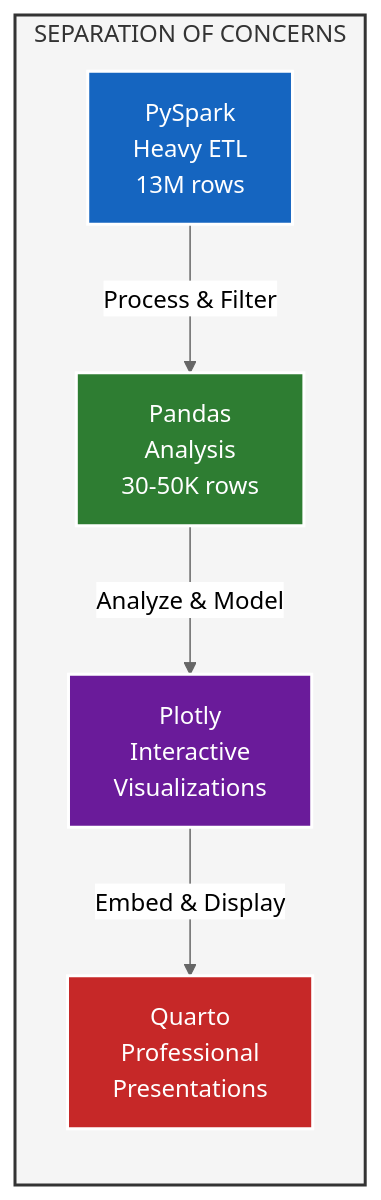
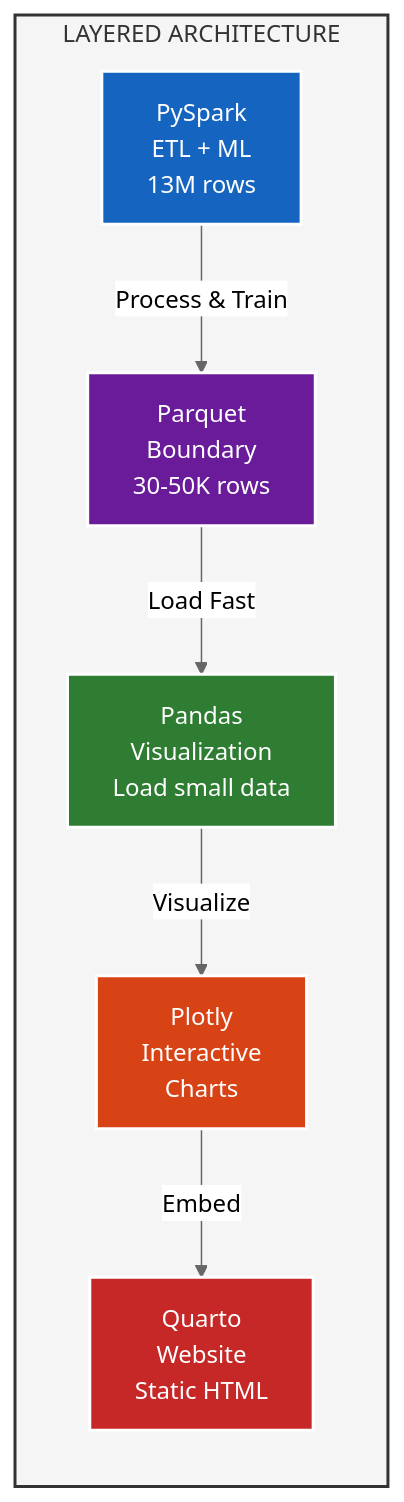
One commit to samarthya/ad688-scratch changed the first of 11 diagrams in ARCHITECTURE.md. Above: the diagram before and after it, drawn with Mermaid (neutral theme). The commit also changed other lines of this file and 27 other files, not shown here.

````diff
--- a/ARCHITECTURE.md
+++ b/ARCHITECTURE.md
@@ -27,19 +27,22 @@
 ```mermaid
 graph LR
-    subgraph PRINCIPLE["SEPARATION OF CONCERNS"]
-        PYSPARK["PySpark<br/>Heavy ETL<br/>13M rows"]
-        PANDAS["Pandas<br/>Analysis<br/>30-50K rows"]
-        PLOTLY["Plotly<br/>Interactive<br/>Visualizations"]
-        QUARTO["Quarto<br/>Professional<br/>Presentations"]
+    subgraph PRINCIPLE["LAYERED ARCHITECTURE"]
+        PYSPARK["PySpark<br/>ETL + ML<br/>13M rows"]
+        PARQUET["Parquet<br/>Boundary<br/>30-50K rows"]
+        PANDAS["Pandas<br/>Visualization<br/>Load small data"]
+        PLOTLY["Plotly<br/>Interactive<br/>Charts"]
+        QUARTO["Quarto<br/>Website<br/>Static HTML"]
     end
 
-    PYSPARK -->|"Process & Filter"| PANDAS
-    PANDAS -->|"Analyze & Model"| PLOTLY
-    PLOTLY -->|"Embed & Display"| QUARTO
+    PYSPARK -->|"Process & Train"| PARQUET
+    PARQUET -->|"Load Fast"| PANDAS
+    PANDAS -->|"Visualize"| PLOTLY
+    PLOTLY -->|"Embed"| QUARTO
 
     style PRINCIPLE fill:#f5f5f5,stroke:#333,stroke-width:2px
     style PYSPARK fill:#1565c0,stroke:#fff,color:#fff,stroke-width:2px
+    style PARQUET fill:#6a1b9a,stroke:#fff,color:#fff,stroke-width:2px
     style PANDAS fill:#2e7d32,stroke:#fff,color:#fff,stroke-width:2px
-    style PLOTLY fill:#6a1b9a,stroke:#fff,color:#fff,stroke-width:2px
+    style PLOTLY fill:#d84315,stroke:#fff,color:#fff,stroke-width:2px
     style QUARTO fill:#c62828,stroke:#fff,color:#fff,stroke-width:2px
 ```
````
